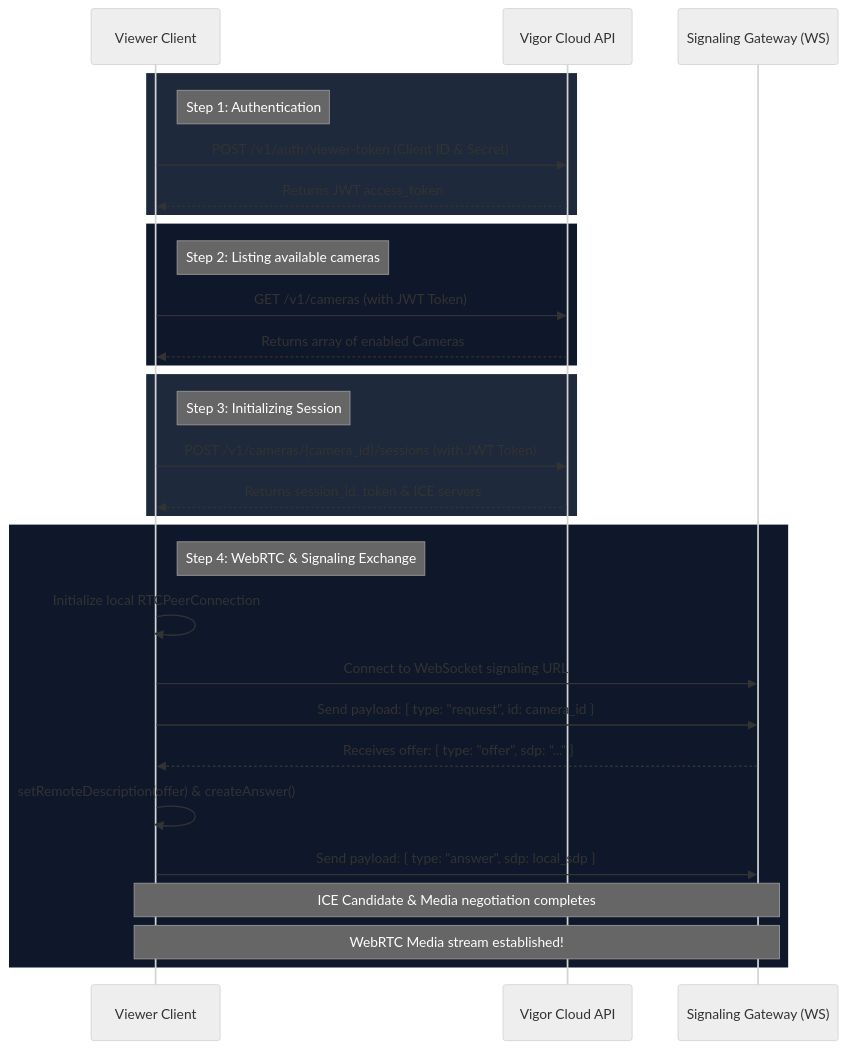
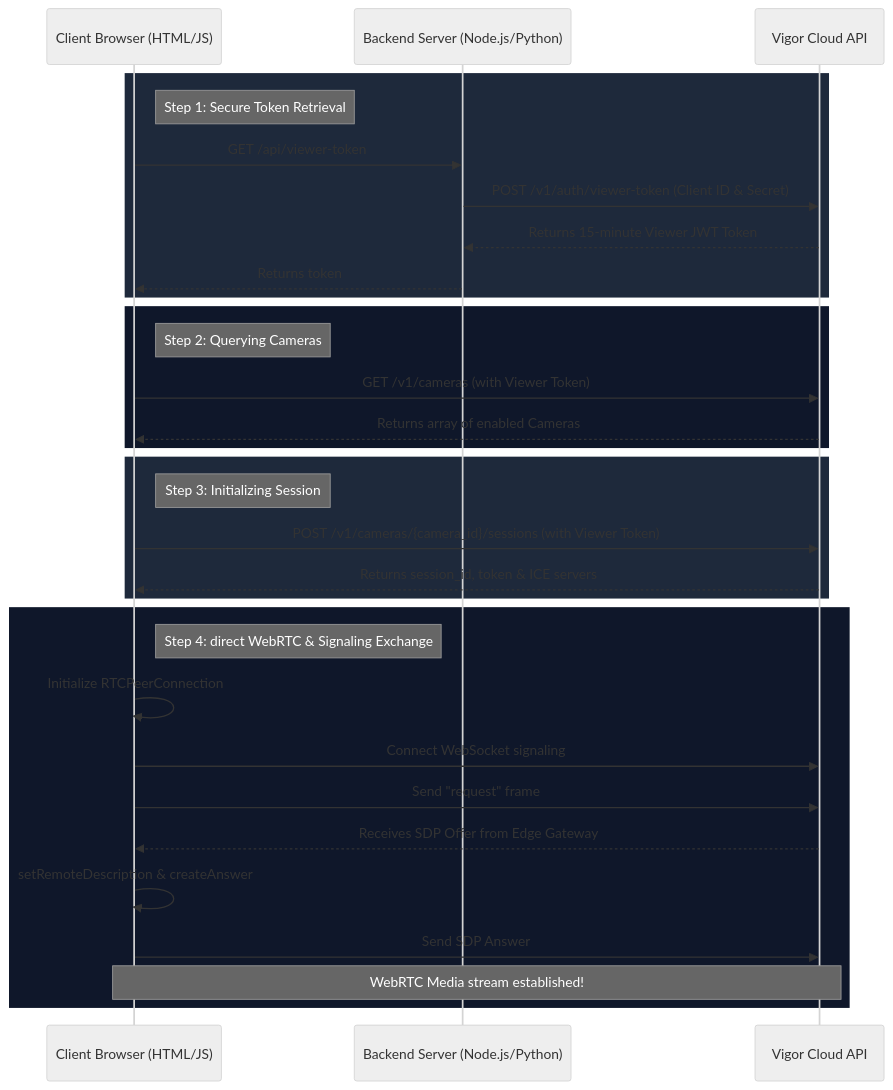
The diagram in sample/README.md (Vigor-RDLabs/vigor-gateway-releases), drawn with Mermaid (neutral theme) before and after one commit. The commit also changed other lines of this file and 9 other files, not shown here.

First line of the commit message:
Refactor Node.js and Python backend samples for secure token handling and UI serving

````diff
--- a/sample/README.md
+++ b/sample/README.md
@@ -19,36 +19,37 @@
 ```mermaid
 sequenceDiagram
-    participant Client as Viewer Client
+    participant Browser as Client Browser (HTML/JS)
+    participant Backend as Backend Server (Node.js/Python)
     participant Cloud as Vigor Cloud API
-    participant WS as Signaling Gateway (WS)
     
     rect rgb(30, 41, 59)
-        note right of Client: Step 1: Authentication
-        Client->>Cloud: POST /v1/auth/viewer-token (Client ID & Secret)
-        Cloud-->>Client: Returns JWT access_token
+        note right of Browser: Step 1: Secure Token Retrieval
+        Browser->>Backend: GET /api/viewer-token
+        Backend->>Cloud: POST /v1/auth/viewer-token (Client ID & Secret)
+        Cloud-->>Backend: Returns 15-minute Viewer JWT Token
+        Backend-->>Browser: Returns token
     end
     
     rect rgb(15, 23, 42)
-        note right of Client: Step 2: Listing available cameras
-        Client->>Cloud: GET /v1/cameras (with JWT Token)
-        Cloud-->>Client: Returns array of enabled Cameras
+        note right of Browser: Step 2: Querying Cameras
+        Browser->>Cloud: GET /v1/cameras (with Viewer Token)
+        Cloud-->>Browser: Returns array of enabled Cameras
     end
     
     rect rgb(30, 41, 59)
-        note right of Client: Step 3: Initializing Session
-        Client->>Cloud: POST /v1/cameras/{camera_id}/sessions (with JWT Token)
-        Cloud-->>Client: Returns session_id, token & ICE servers
+        note right of Browser: Step 3: Initializing Session
+        Browser->>Cloud: POST /v1/cameras/{camera_id}/sessions (with Viewer Token)
+        Cloud-->>Browser: Returns session_id, token & ICE servers
     end
     
     rect rgb(15, 23, 42)
-        note right of Client: Step 4: WebRTC & Signaling Exchange
-        Client->>Client: Initialize local RTCPeerConnection
-        Client->>WS: Connect to WebSocket signaling URL
-        Client->>WS: Send payload: { type: "request", id: camera_id }
-        WS-->>Client: Receives offer: { type: "offer", sdp: "..." }
-        Client->>Client: setRemoteDescription(offer) & createAnswer()
-        Client->>WS: Send payload: { type: "answer", sdp: local_sdp }
-        Note over Client,WS: ICE Candidate & Media negotiation completes
-        Note over Client,WS: WebRTC Media stream established!
+        note right of Browser: Step 4: direct WebRTC & Signaling Exchange
+        Browser->>Browser: Initialize RTCPeerConnection
+        Browser->>Cloud: Connect WebSocket signaling
+        Browser->>Cloud: Send "request" frame
+        Cloud-->>Browser: Receives SDP Offer from Edge Gateway
+        Browser->>Browser: setRemoteDescription & createAnswer
+        Browser->>Cloud: Send SDP Answer
+        Note over Browser,Cloud: WebRTC Media stream established!
     end
 ```
````
